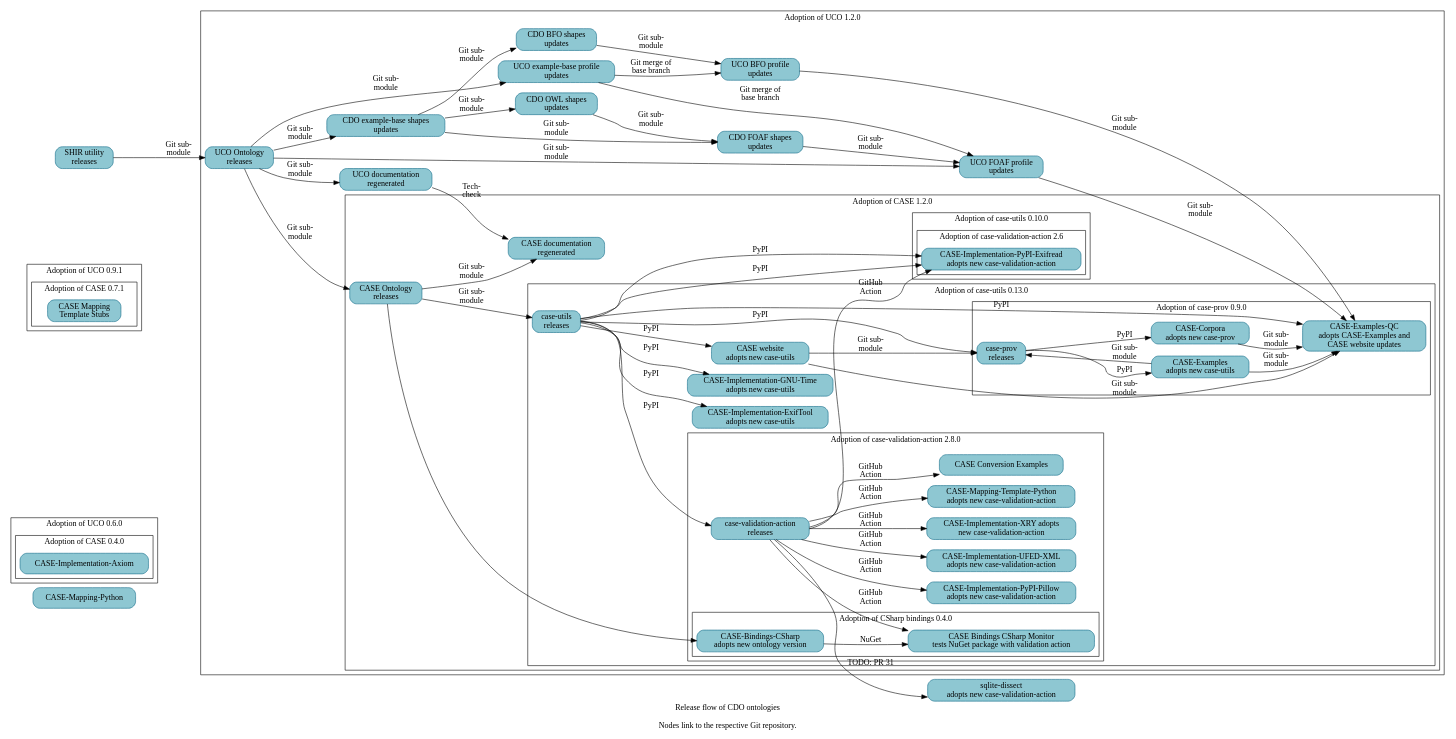
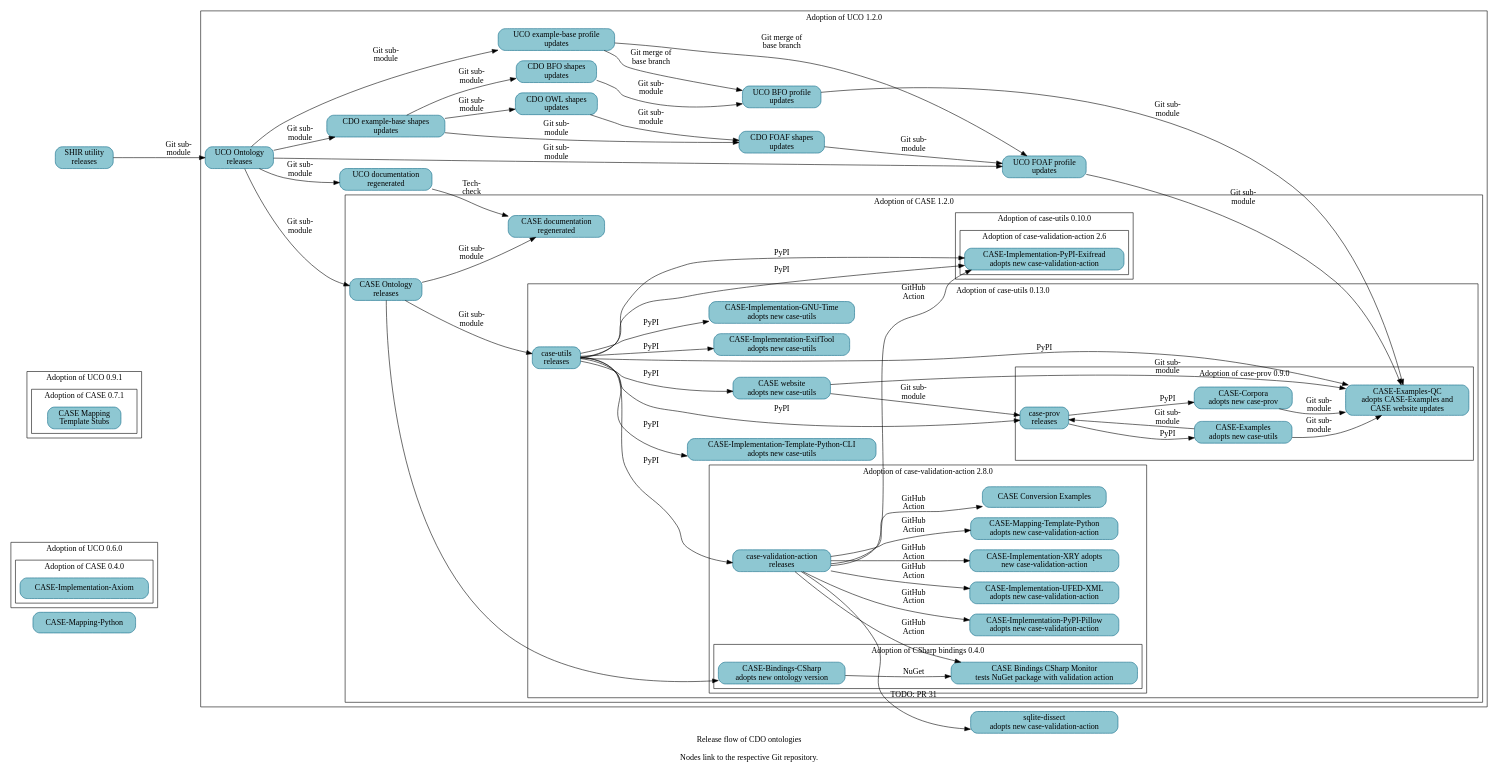
Before and after one commit to Cyber-Domain-Ontology/cdo.github.io: the diagram in resources/project_release_flow.dot, drawn with Graphviz.

Commit message:
Add CASE-Implementation-Template-Python-CLI
A follow-on patch will regenerate Make-managed files.

```diff
--- a/resources/project_release_flow.dot
+++ b/resources/project_release_flow.dot
@@ -1,145 +1,147 @@
 digraph "cdo_release_flow" {
   label = "Release flow of CDO ontologies\n\nNodes link to the respective Git repository." ;
   rankdir = "LR" ;
   node [shape="rectangle" style="filled,rounded" fillcolor="#8EC7D2" color="#0D6986"] ;
 
   // Define nodes in their corresponding progress subgraph.
 
   _GH__CASEWORK__CASE_MAPPING_PYTHON [URL="https://github.com/casework/CASE-Mapping-Python/" label="CASE-Mapping-Python"] ;
 
   subgraph cluster_uco_0_6_0 {
     label = "Adoption of UCO 0.6.0" ;
 
     subgraph cluster_case_0_4_0 {
       label = "Adoption of CASE 0.4.0" ;
       _GH__CASEWORK__CASE_IMPLEMENTATION_AXIOM [URL="https://github.com/casework/CASE-Implementation-Axiom" label="CASE-Implementation-Axiom"] ;
     }
   }
 
   subgraph cluster_uco_0_9_1 {
     label = "Adoption of UCO 0.9.1" ;
 
     subgraph cluster_case_0_7_1 {
       label = "Adoption of CASE 0.7.1" ;
       _GH__CASEWORK__CASE_MAPPING_TEMPLATE_STUBS [URL="https://github.com/casework/CASE-Mapping-Template-Stubs" label="CASE Mapping\nTemplate Stubs"] ;
     }
   }
 
   subgraph cluster_uco_1_2_0 {
     label = "Adoption of UCO 1.2.0" ;
 
     _GH__CYBER_DOMAIN_ONTOLOGY__CDO_SHAPES_BFO [URL="https://github.com/Cyber-Domain-Ontology/CDO-Shapes-BFO" label="CDO BFO shapes\nupdates"] ;
     _GH__CYBER_DOMAIN_ONTOLOGY__CDO_SHAPES_EXAMPLE [URL="https://github.com/Cyber-Domain-Ontology/CDO-Shapes-Example" label="CDO example-base shapes\nupdates"] ;
     _GH__CYBER_DOMAIN_ONTOLOGY__CDO_SHAPES_FOAF [URL="https://github.com/Cyber-Domain-Ontology/CDO-Shapes-FOAF" label="CDO FOAF shapes\nupdates"] ;
     _GH__CYBER_DOMAIN_ONTOLOGY__CDO_SHAPES_OWL [URL="https://github.com/Cyber-Domain-Ontology/CDO-Shapes-OWL" label="CDO OWL shapes\nupdates"] ;
     _GH__UCOPROJECT__ONTOLOGY_UNIFIEDCYBERONTOLOGY_ORG [URL="https://github.com/ucoProject/ontology.unifiedcyberontology.org" label="UCO documentation\nregenerated"] ;
     _GH__UCOPROJECT__UCO [URL="https://github.com/ucoProject/UCO" label="UCO Ontology\nreleases"] ;
     _GH__UCOPROJECT__UCO_PROFILE_BFO [URL="https://github.com/ucoProject/UCO-Profile-BFO" label="UCO BFO profile\nupdates"] ;
     _GH__UCOPROJECT__UCO_PROFILE_EXAMPLE [URL="https://github.com/ucoProject/UCO-Profile-Example" label="UCO example-base profile\nupdates"] ;
     _GH__UCOPROJECT__UCO_PROFILE_FOAF [URL="https://github.com/ucoProject/UCO-Profile-FOAF" label="UCO FOAF profile\nupdates"] ;
 
     subgraph cluster_case_1_2_0 {
       label = "Adoption of CASE 1.2.0" ;
 
       _GH__CASEWORK__CASE [URL="https://github.com/casework/CASE" label="CASE Ontology\nreleases"] ;
       _GH__CASEWORK__ONTOLOGY_CASEONTOLOGY_ORG [URL="https://github.com/casework/ontology.caseontology.org" label="CASE documentation\nregenerated"] ;
 
       subgraph cluster_case_utils_0_10_0 {
         label = "Adoption of case-utils 0.10.0" ;
 
         subgraph cluster_case_validation_action_2_6 {
           label = "Adoption of case-validation-action 2.6" ;
 
           _GH__CASEWORK__CASE_IMPLEMENTATON_PYPI_EXIFREAD [URL="https://github.com/casework/CASE-Implementation-PyPI-Exifread" label="CASE-Implementation-PyPI-Exifread\nadopts new case-validation-action"] ;
         }
       }
 
       subgraph cluster_case_utils_0_13_0 {
         label = "Adoption of case-utils 0.13.0" ;
 
         _GH__CASEWORK__CASE_IMPLEMENTATON_EXIFTOOL [URL="https://github.com/casework/CASE-Implementation-ExifTool" label="CASE-Implementation-ExifTool\nadopts new case-utils"] ;
         _GH__CASEWORK__CASE_IMPLEMENTATON_GNU_TIME [URL="https://github.com/casework/CASE-Implementation-GNU-Time" label="CASE-Implementation-GNU-Time\nadopts new case-utils"] ;
+        _GH__CASEWORK__CASE_IMPLEMENTATION_TEMPLATE_PYTHON_CLI [URL="https://github.com/casework/CASE-Implementation-Template-Python-CLI" label="CASE-Implementation-Template-Python-CLI\nadopts new case-utils"]
         _GH__CASEWORK__CASE_UTILITIES_PYTHON [URL="https://github.com/casework/CASE-Utilities-Python" label="case-utils\nreleases"] ;
         _GH__CASEWORK__CASEWORK_GITHUB_IO [URL="https://github.com/casework/casework.github.io" label="CASE website\nadopts new case-utils"] ;
 
         subgraph cluster_case_prov_0_9_0 {
           label = "Adoption of case-prov 0.9.0" ;
 
           _GH__AJNELSON_NIST__CASE_EXAMPLES_QC [URL="https://github.com/ajnelson-nist/CASE-Examples-QC" label="CASE-Examples-QC\nadopts CASE-Examples and\nCASE website updates"] ;
           _GH__CASEWORK__CASE_CORPORA [URL="https://github.com/casework/CASE-Corpora" label="CASE-Corpora\nadopts new case-prov"] ;
           _GH__CASEWORK__CASE_EXAMPLES [URL="https://github.com/casework/CASE-Examples" label="CASE-Examples\nadopts new case-utils"] ;
           _GH__CASEWORK__CASE_IMPLEMENTATON_PROV_O [URL="https://github.com/casework/CASE-Implementation-PROV-O" label="case-prov\nreleases"] ;
         }
 
         subgraph cluster_case_validation_action_2_8_0 {
           label = "Adoption of case-validation-action 2.8.0" ;
 
           _GH__KCHASON__CASE_VALIDATION_ACTION [URL="https://github.com/kchason/case-validation-action" label="case-validation-action\nreleases"] ;
           _GH__CASEWORK__CASE_EXAMPLES_CONVERSION [URL="https://github.com/casework/CASE-Examples-Conversion" label="CASE Conversion Examples"] ;
           _GH__CASEWORK__CASE_IMPLEMENTATON_PYPI_PILLOW [URL="https://github.com/casework/CASE-Implementation-PyPI-Pillow" label="CASE-Implementation-PyPI-Pillow\nadopts new case-validation-action"] ;
           _GH__CASEWORK__CASE_IMPLEMENTATON_UFED_XML [URL="https://github.com/casework/CASE-Implementation-UFED-XML" label="CASE-Implementation-UFED-XML\nadopts new case-validation-action"] ;
           _GH__CASEWORK__CASE_IMPLEMENTATON_XRY [URL="https://github.com/casework/CASE-Implementation-XRY" label="CASE-Implementation-XRY adopts\nnew case-validation-action"] ;
           _GH__CASEWORK__CASE_MAPPING_TEMPLATE_PYTHON [URL="https://github.com/casework/CASE-Mapping-Template-Python" label="CASE-Mapping-Template-Python\nadopts new case-validation-action"] ;
 
           subgraph cluster_case_bindings_csharp_0_4_0 {
             label = "Adoption of CSharp bindings 0.4.0" ;
 
             _GH__CASEWORK__CASE_BINDINGS_CSHARP_MONITOR [URL="https://github.com/casework/CASE-Bindings-CSharp-Monitor" label="CASE Bindings CSharp Monitor\ntests NuGet package with validation action"] ;
             _GH__CIPHERTECHSOLUTIONS__CASE_BINDINGS_CSHARP [URL="https://github.com/ciphertechsolutions/CASE-Bindings-CSharp" label="CASE-Bindings-CSharp\nadopts new ontology version"] ;
           }
         }
       }
     }
   }
 
   _GH__CASEWORK__CASE_UTILITY_SHACL_INHERITANCE_REVIEWER [URL="https://github.com/casework/CASE-Utility-SHACL-Inheritance-Reviewer" label="SHIR utility\nreleases"] ;
   _GH__DOD_CYBER_CRIME_CENTER__SQLITE_DISSECT [URL="https://github.com/dod-cyber-crime-center/sqlite-dissect" label="sqlite-dissect\nadopts new case-validation-action"] ;
 
   // Begin edges
 
   _GH__CASEWORK__CASE_EXAMPLES -> _GH__CASEWORK__CASE_IMPLEMENTATON_PROV_O [label="Git sub-\nmodule"] ;
   _GH__CASEWORK__CASEWORK_GITHUB_IO -> _GH__CASEWORK__CASE_IMPLEMENTATON_PROV_O [label="Git sub-\nmodule"] ;
   _GH__CASEWORK__CASE_CORPORA -> _GH__AJNELSON_NIST__CASE_EXAMPLES_QC [label="Git sub-\nmodule"] ;
 
   _GH__CASEWORK__CASE -> _GH__CASEWORK__CASE_UTILITIES_PYTHON [label="Git sub-\nmodule"] ;
   _GH__CASEWORK__CASE -> _GH__CIPHERTECHSOLUTIONS__CASE_BINDINGS_CSHARP ;
   _GH__CASEWORK__CASE -> _GH__CASEWORK__ONTOLOGY_CASEONTOLOGY_ORG [label="Git sub-\nmodule"] ; 
   _GH__CASEWORK__CASE_EXAMPLES -> _GH__AJNELSON_NIST__CASE_EXAMPLES_QC [label="Git sub-\nmodule"] ;
   _GH__CASEWORK__CASE_IMPLEMENTATON_PROV_O -> _GH__CASEWORK__CASE_CORPORA [label="PyPI"] ;
   _GH__CASEWORK__CASE_IMPLEMENTATON_PROV_O -> _GH__CASEWORK__CASE_EXAMPLES [label="PyPI"] ;
   _GH__CASEWORK__CASE_UTILITIES_PYTHON -> _GH__AJNELSON_NIST__CASE_EXAMPLES_QC [label="PyPI"] ;
   _GH__CASEWORK__CASE_UTILITIES_PYTHON -> _GH__CASEWORK__CASE_IMPLEMENTATON_EXIFTOOL [label="PyPI"] ;
   _GH__CASEWORK__CASE_UTILITIES_PYTHON -> _GH__CASEWORK__CASE_IMPLEMENTATON_GNU_TIME [label="PyPI"] ;
   _GH__CASEWORK__CASE_UTILITIES_PYTHON -> _GH__CASEWORK__CASE_IMPLEMENTATON_PROV_O [label="PyPI"] ;
   _GH__CASEWORK__CASE_UTILITIES_PYTHON -> _GH__CASEWORK__CASE_IMPLEMENTATON_PYPI_EXIFREAD [label="PyPI"] ;
+  _GH__CASEWORK__CASE_UTILITIES_PYTHON -> _GH__CASEWORK__CASE_IMPLEMENTATION_TEMPLATE_PYTHON_CLI [label="PyPI"];
   _GH__CASEWORK__CASE_UTILITIES_PYTHON -> _GH__KCHASON__CASE_VALIDATION_ACTION [label="PyPI"] ;
   _GH__CASEWORK__CASE_UTILITIES_PYTHON -> _GH__CASEWORK__CASEWORK_GITHUB_IO [label="PyPI"] ;
   _GH__CASEWORK__CASE_UTILITY_SHACL_INHERITANCE_REVIEWER -> _GH__UCOPROJECT__UCO [label="Git sub-\nmodule"] ;
   _GH__CASEWORK__CASEWORK_GITHUB_IO -> _GH__AJNELSON_NIST__CASE_EXAMPLES_QC [label="Git sub-\nmodule"] ;
   _GH__CIPHERTECHSOLUTIONS__CASE_BINDINGS_CSHARP -> _GH__CASEWORK__CASE_BINDINGS_CSHARP_MONITOR [label="NuGet"] ;
   _GH__CYBER_DOMAIN_ONTOLOGY__CDO_SHAPES_BFO -> _GH__UCOPROJECT__UCO_PROFILE_BFO [label="Git sub-\nmodule"] ;
   _GH__CYBER_DOMAIN_ONTOLOGY__CDO_SHAPES_EXAMPLE -> _GH__CYBER_DOMAIN_ONTOLOGY__CDO_SHAPES_BFO [label="Git sub-\nmodule"] ;
   _GH__CYBER_DOMAIN_ONTOLOGY__CDO_SHAPES_EXAMPLE -> _GH__CYBER_DOMAIN_ONTOLOGY__CDO_SHAPES_FOAF [label="Git sub-\nmodule"] ;
   _GH__CYBER_DOMAIN_ONTOLOGY__CDO_SHAPES_EXAMPLE -> _GH__CYBER_DOMAIN_ONTOLOGY__CDO_SHAPES_OWL [label="Git sub-\nmodule"] ;
   _GH__CYBER_DOMAIN_ONTOLOGY__CDO_SHAPES_FOAF -> _GH__UCOPROJECT__UCO_PROFILE_FOAF [label="Git sub-\nmodule"] ;
   _GH__CYBER_DOMAIN_ONTOLOGY__CDO_SHAPES_OWL -> _GH__CYBER_DOMAIN_ONTOLOGY__CDO_SHAPES_FOAF [label="Git sub-\nmodule"] ;
   _GH__KCHASON__CASE_VALIDATION_ACTION -> _GH__CASEWORK__CASE_BINDINGS_CSHARP_MONITOR [label="GitHub\nAction"] ;
   _GH__KCHASON__CASE_VALIDATION_ACTION -> _GH__CASEWORK__CASE_EXAMPLES_CONVERSION [label="GitHub\nAction"];
   _GH__CASEWORK__CASE_UTILITIES_PYTHON -> _GH__CASEWORK__CASE_IMPLEMENTATON_PYPI_EXIFREAD [label="PyPI"] ;
   _GH__KCHASON__CASE_VALIDATION_ACTION -> _GH__CASEWORK__CASE_IMPLEMENTATON_PYPI_EXIFREAD [label="GitHub\nAction"] ;
   _GH__KCHASON__CASE_VALIDATION_ACTION -> _GH__CASEWORK__CASE_IMPLEMENTATON_PYPI_PILLOW [label="GitHub\nAction"] ;
   _GH__KCHASON__CASE_VALIDATION_ACTION -> _GH__CASEWORK__CASE_IMPLEMENTATON_UFED_XML [label="GitHub\nAction"] ;
   _GH__KCHASON__CASE_VALIDATION_ACTION -> _GH__CASEWORK__CASE_IMPLEMENTATON_XRY [label="GitHub\nAction"] ;
   _GH__KCHASON__CASE_VALIDATION_ACTION -> _GH__CASEWORK__CASE_MAPPING_TEMPLATE_PYTHON [label="GitHub\nAction"] ;
   _GH__KCHASON__CASE_VALIDATION_ACTION -> _GH__DOD_CYBER_CRIME_CENTER__SQLITE_DISSECT [URL="https://github.com/dod-cyber-crime-center/sqlite-dissect/pull/31" label="TODO: PR 31"] ;
   _GH__UCOPROJECT__ONTOLOGY_UNIFIEDCYBERONTOLOGY_ORG -> _GH__CASEWORK__ONTOLOGY_CASEONTOLOGY_ORG [label="Tech-\ncheck"];
   _GH__UCOPROJECT__UCO -> _GH__CASEWORK__CASE [label="Git sub-\nmodule"] ;
   _GH__UCOPROJECT__UCO -> _GH__CYBER_DOMAIN_ONTOLOGY__CDO_SHAPES_EXAMPLE [label="Git sub-\nmodule"] ;
   _GH__UCOPROJECT__UCO -> _GH__UCOPROJECT__ONTOLOGY_UNIFIEDCYBERONTOLOGY_ORG [label="Git sub-\nmodule"] ;
   _GH__UCOPROJECT__UCO -> _GH__UCOPROJECT__UCO_PROFILE_EXAMPLE [label="Git sub-\nmodule"] ;
   _GH__UCOPROJECT__UCO -> _GH__UCOPROJECT__UCO_PROFILE_FOAF [label="Git sub-\nmodule"] ;
   _GH__UCOPROJECT__UCO_PROFILE_BFO -> _GH__AJNELSON_NIST__CASE_EXAMPLES_QC [label="Git sub-\nmodule"] ;
   _GH__UCOPROJECT__UCO_PROFILE_EXAMPLE -> _GH__UCOPROJECT__UCO_PROFILE_BFO [label="Git merge of\nbase branch"] ;
   _GH__UCOPROJECT__UCO_PROFILE_EXAMPLE -> _GH__UCOPROJECT__UCO_PROFILE_FOAF [label="Git merge of\nbase branch"] ;
   _GH__UCOPROJECT__UCO_PROFILE_FOAF -> _GH__AJNELSON_NIST__CASE_EXAMPLES_QC [label="Git sub-\nmodule"] ;
 }
```
